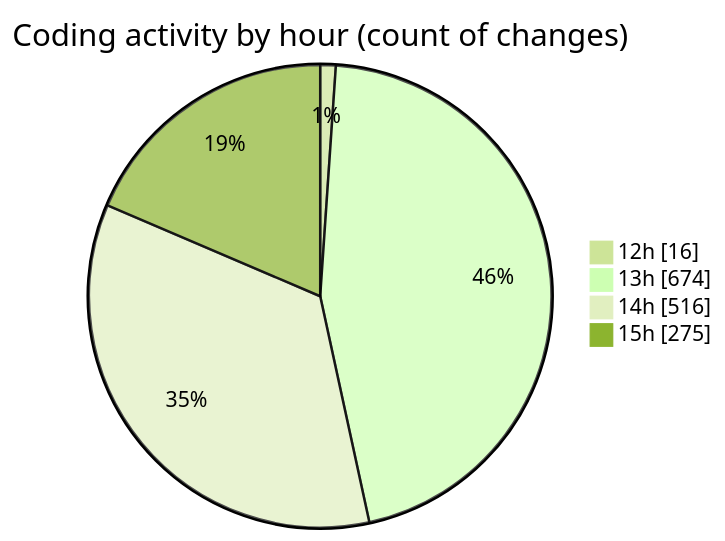
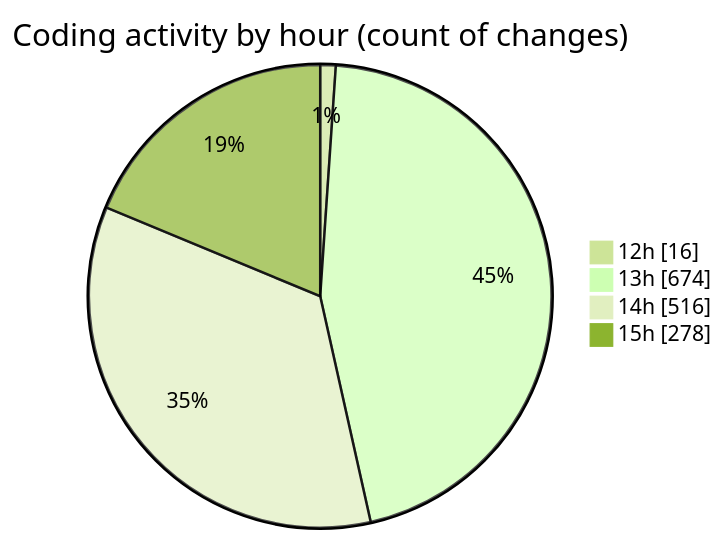
One commit to vahidmafi/code-tracking changed the second of 2 diagrams in 2025-09-16/www/README.md. Above: the diagram before and after it, drawn with Mermaid (forest theme). The commit also changed other lines of this file and 1 other file, not shown here.

````diff
--- a/2025-09-16/www/README.md
+++ b/2025-09-16/www/README.md
@@ -598,8 +598,8 @@
 ```mermaid
 pie showData
 title Coding activity by hour (count of changes)
 "12h" : 16
 "13h" : 674
 "14h" : 516
-"15h" : 275
+"15h" : 278
 ```
````
